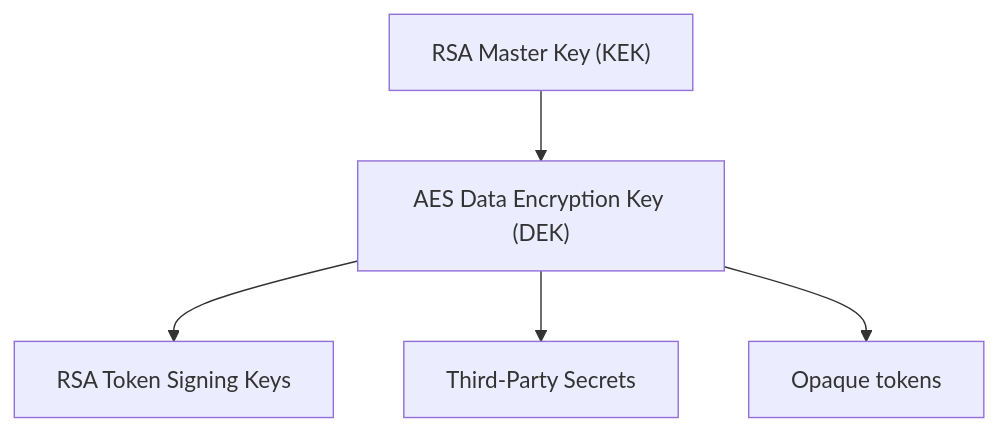
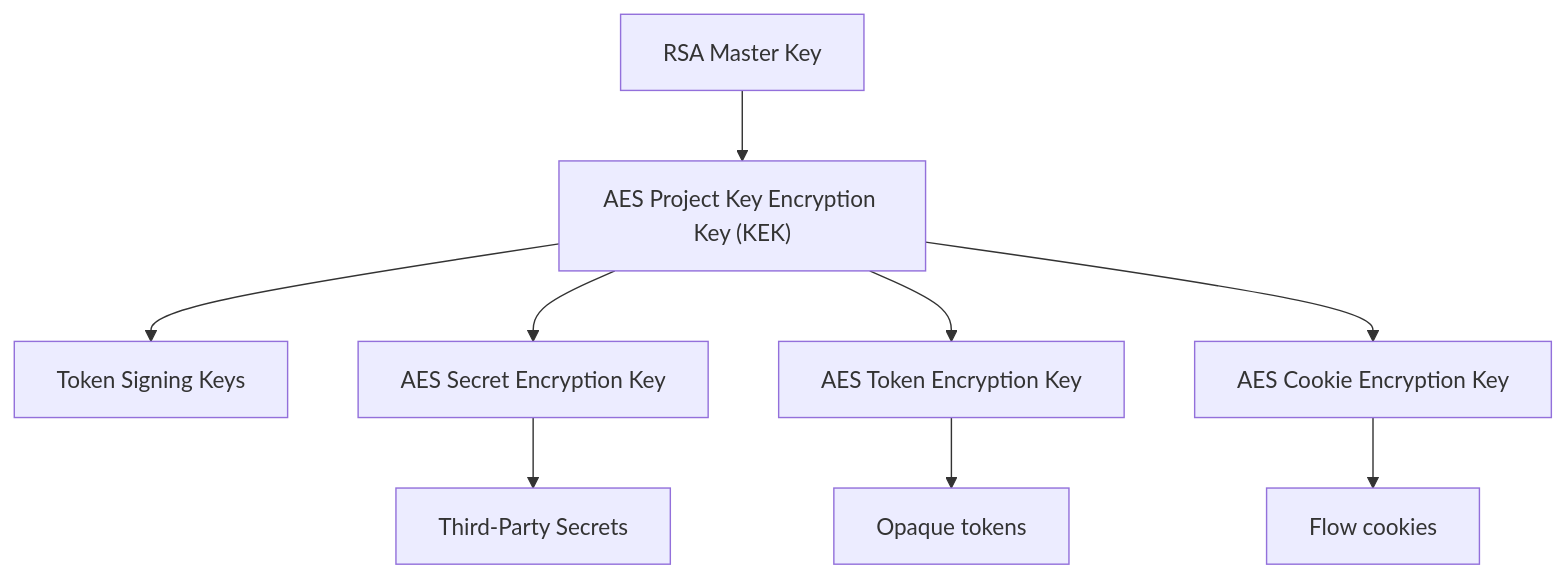
One commit to zitadel/nextgen changed the diagram in docs/adrs/029-cryptography-secrets-and-key-lifecycle.md. Above: the diagram before and after it, drawn with Mermaid. The commit also changed other lines of this file and 30 other files, not shown here.

Commit message:
rename kek to master key and dek to kek since each dek only wraps other keys

````diff
--- a/docs/adrs/029-cryptography-secrets-and-key-lifecycle.md
+++ b/docs/adrs/029-cryptography-secrets-and-key-lifecycle.md
@@ -81,14 +81,22 @@
 ```mermaid
 graph TD
 %% Nodes
-    MasterKey["RSA Master Key (KEK)"]
-    DEK["AES Data Encryption Key (DEK)"]
-    TokenSigningKeys["RSA Token Signing Keys"]
+    MasterKey["RSA Master Key"]
+    KEK["AES Project Key Encryption Key (KEK)"]
+    TokenSigningKeys["Token Signing Keys"]
+    SecretEncryptionKey["AES Secret Encryption Key"]
+    TokenEncryptionKey["AES Token Encryption Key"]
+    CookieEncryptionKey["AES Cookie Encryption Key"]
     ThirdPartySecrets["Third-Party Secrets"]
     OpaqueTokens["Opaque tokens"]
+    Cookies["Flow cookies"]
 %% Hierarchy Relationships
-    MasterKey --> DEK
-    DEK --> TokenSigningKeys
-    DEK --> ThirdPartySecrets
-    DEK --> OpaqueTokens
+    MasterKey --> KEK
+    KEK --> TokenSigningKeys
+    KEK --> SecretEncryptionKey
+    KEK --> TokenEncryptionKey
+    KEK --> CookieEncryptionKey
+    SecretEncryptionKey --> ThirdPartySecrets
+    TokenEncryptionKey --> OpaqueTokens
+    CookieEncryptionKey --> Cookies
  ```
````
